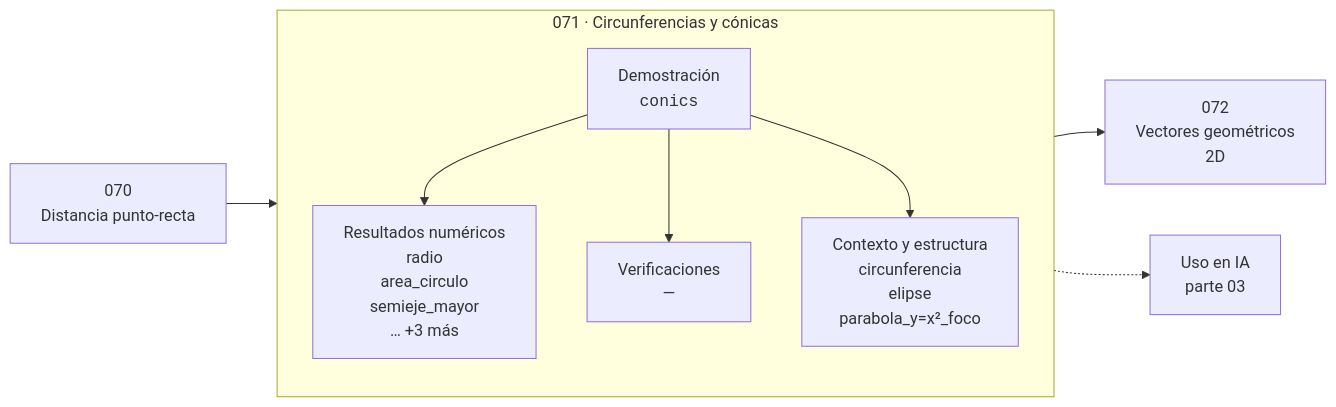
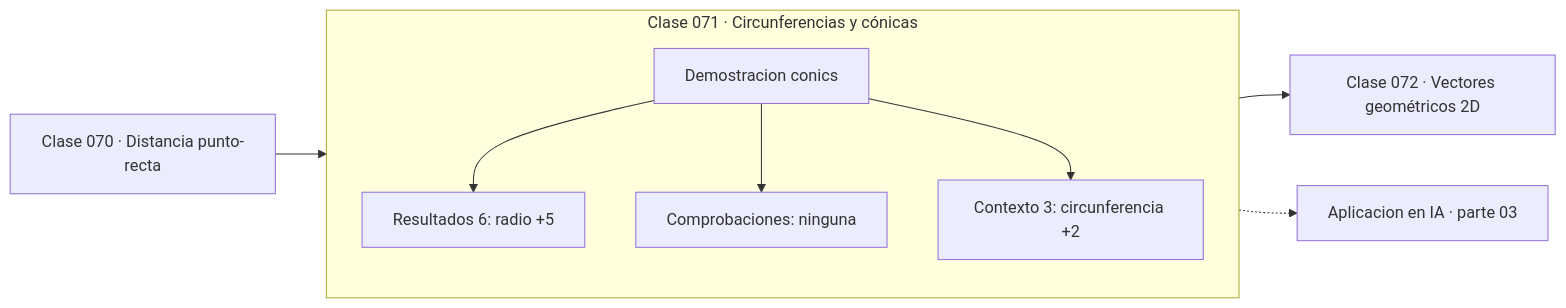
One commit to vladimiracunadev-create/computational-mathematics-program changed the diagram in classes/part-03-geometria-trigonometria-y-geometria-analitica/071-circunferencias-y-conicas/README.md. Above: the diagram before and after it, drawn with Mermaid. The commit also changed 389 other files, not shown here.

First line of the commit message:
fix(diagramas): elimina el HTML de las etiquetas Mermaid

````diff
--- a/classes/part-03-geometria-trigonometria-y-geometria-analitica/071-circunferencias-y-conicas/README.md
+++ b/classes/part-03-geometria-trigonometria-y-geometria-analitica/071-circunferencias-y-conicas/README.md
@@ -36,12 +36,13 @@
 ```mermaid
 flowchart LR
-    P["070<br/>Distancia punto-recta"] --> C
-    subgraph C["071 · Circunferencias y cónicas"]
+    P["Clase 070 · Distancia punto-recta"] --> D
+    subgraph CLASE["Clase 071 · Circunferencias y cónicas"]
         direction TB
-        D["Demostración<br/><code>conics</code>"] --> R["Resultados numéricos<br/>radio<br/>area_circulo<br/>semieje_mayor<br/>… +3 más"]
-        D --> V["Verificaciones<br/>—"]
-        D --> O["Contexto y estructura<br/>circunferencia<br/>elipse<br/>parabola_y=x²_foco"]
+        D["Demostracion conics"]
+        D --> R["Resultados 6: radio +5"]
+        D --> V["Comprobaciones: ninguna"]
+        D --> O["Contexto 3: circunferencia +2"]
     end
-    C --> N["072<br/>Vectores geométricos<br/>2D"]
-    C -.-> IA["Uso en IA<br/>parte 03"]
+    R --> N["Clase 072 · Vectores geométricos 2D"]
+    V -.-> IA["Aplicacion en IA · parte 03"]
 ```
````
